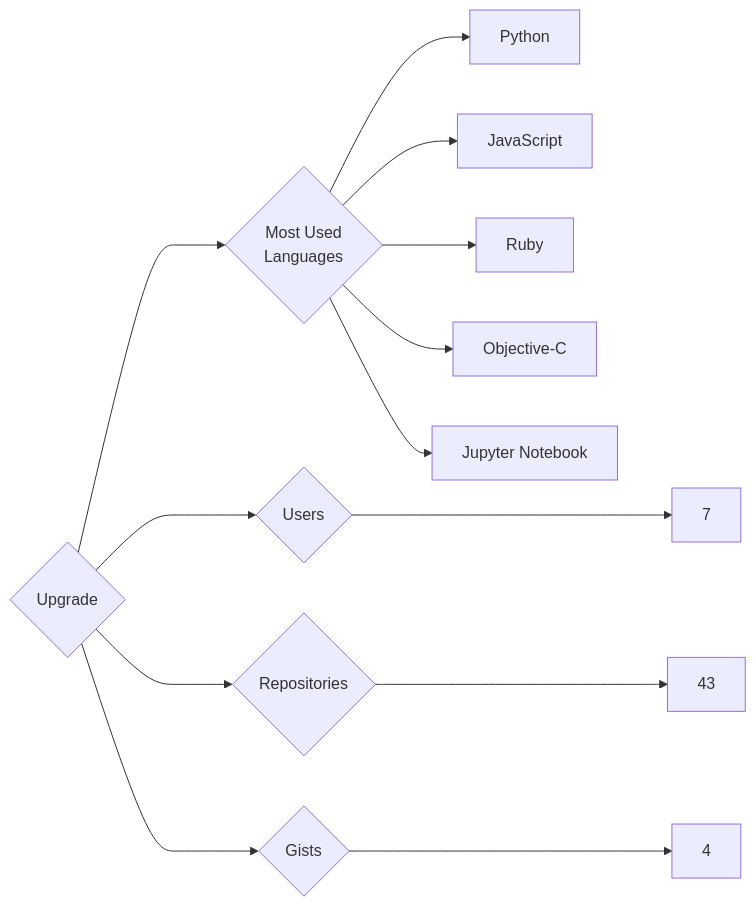
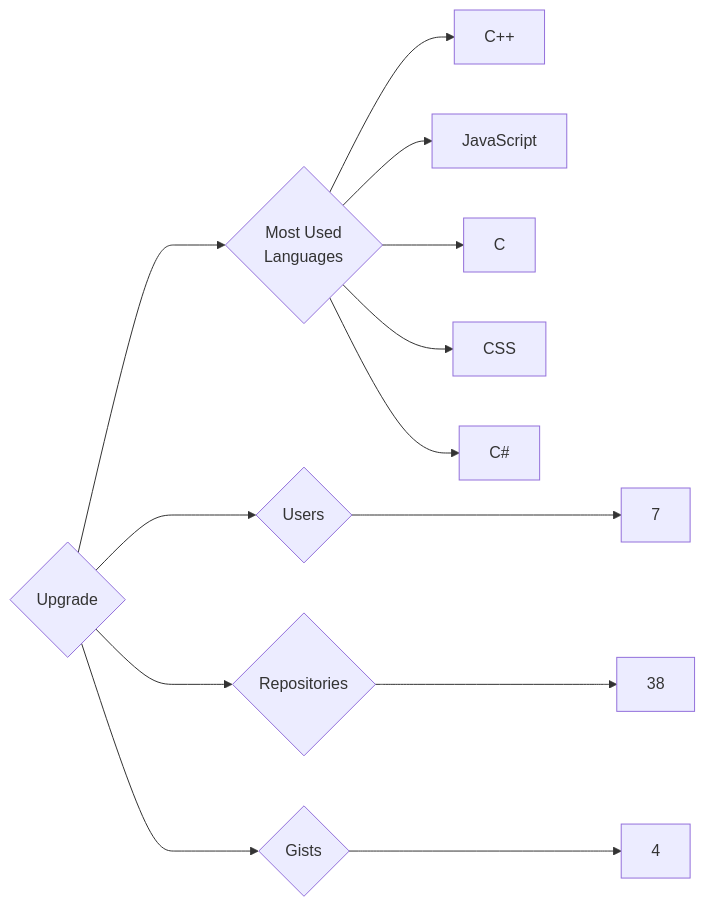
One commit to trickest/insiders changed the diagram in targets/Upgrade/README.md. Above: the diagram before and after it, drawn with Mermaid. The commit also changed 1248 other files, not shown here.

````diff
--- a/targets/Upgrade/README.md
+++ b/targets/Upgrade/README.md
@@ -3,13 +3,13 @@
 ```mermaid
 graph LR
 COMPANY_NAME{Upgrade}
 COMPANY_NAME ---> U{Users} ---> UN[7]
-COMPANY_NAME ---> R{Repositories} ---> RN[43]
+COMPANY_NAME ---> R{Repositories} ---> RN[38]
 COMPANY_NAME ---> G{Gists} ---> GN[4]
 COMPANY_NAME ---> ML{Most Used<br>Languages}
-ML --> Python[Python]
+ML --> C++[C++]
 ML --> JavaScript[JavaScript]
-ML --> Ruby[Ruby]
-ML --> Objective-C[Objective-C]
-ML --> Jupyter_Notebook[Jupyter Notebook]
+ML --> C[C]
+ML --> CSS[CSS]
+ML --> C#[C#]
 ```
````
